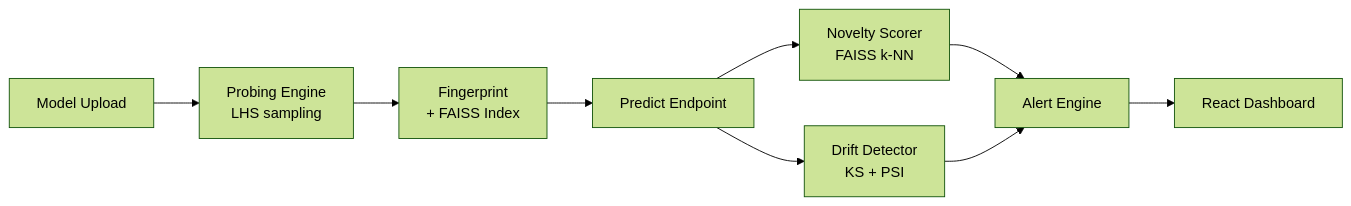
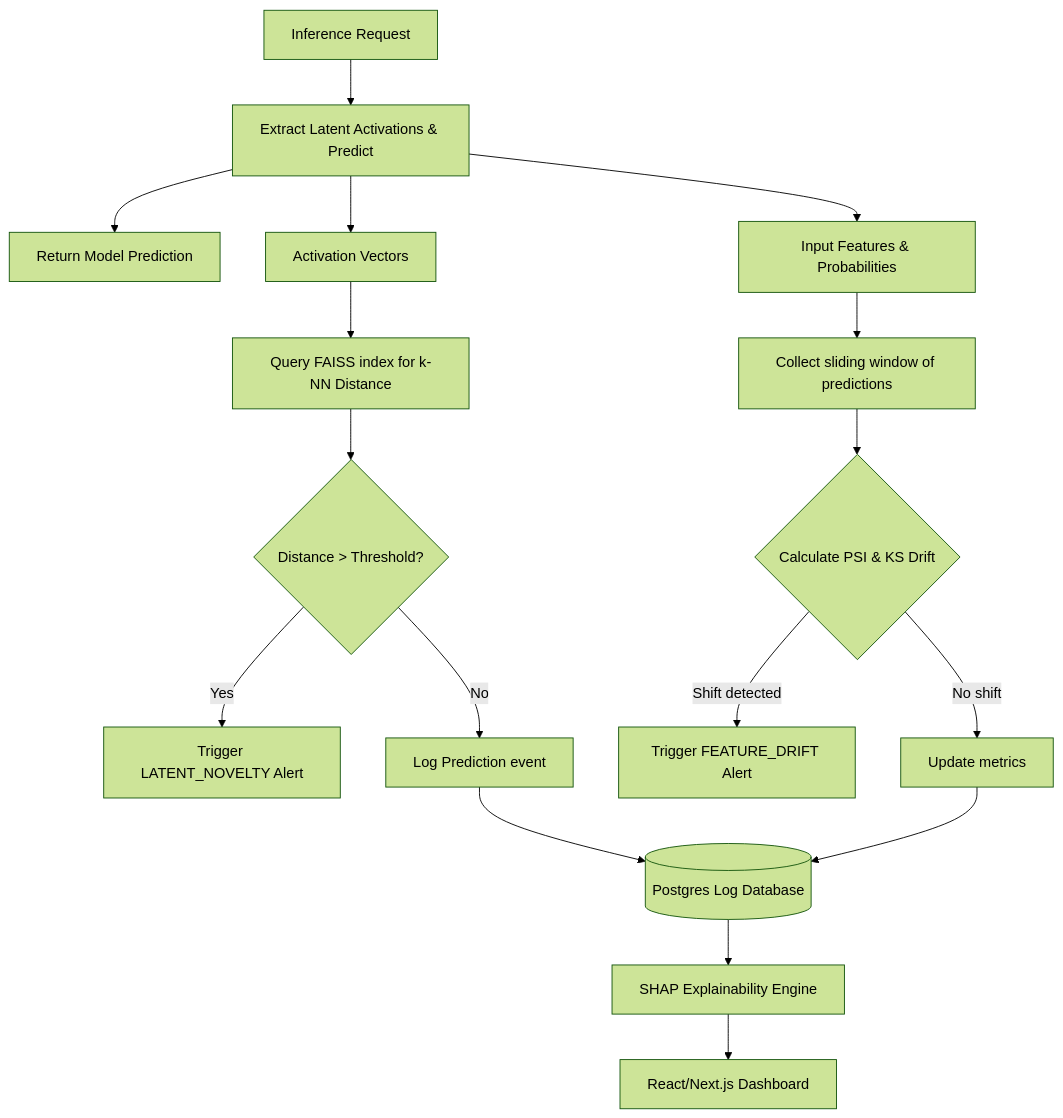
The second of 2 diagrams in README.md (VaishnaviRai287/behavioral-model-observability-platform), drawn with Mermaid (forest theme) before and after one commit. The commit also changed other lines of this file and 22 other files, not shown here.

````diff
--- a/README.md
+++ b/README.md
@@ -29,11 +73,23 @@
 ```mermaid
-flowchart LR
-    A[Model Upload] --> B[Probing Engine\nLHS sampling]
-    B --> C[Fingerprint\n+ FAISS Index]
-    C --> D[Predict Endpoint]
-    D --> E[Novelty Scorer\nFAISS k-NN]
-    D --> F[Drift Detector\nKS + PSI]
-    E --> G[Alert Engine]
-    F --> G
-    G --> H[React Dashboard]
+flowchart TD
+    Request[Inference Request] --> Predict[Extract Latent Activations & Predict]
+    Predict --> Output[Return Model Prediction]
+    
+    Predict --> Latent[Activation Vectors]
+    Latent --> FAISS[Query FAISS index for k-NN Distance]
+    FAISS --> Novelty{Distance > Threshold?}
+    Novelty -- Yes --> AlertNovel[Trigger LATENT_NOVELTY Alert]
+    Novelty -- No --> Log1[Log Prediction event]
+    
+    Predict --> Features[Input Features & Probabilities]
+    Features --> Stats[Collect sliding window of predictions]
+    Stats --> Drift{Calculate PSI & KS Drift}
+    Drift -- Shift detected --> AlertDrift[Trigger FEATURE_DRIFT Alert]
+    Drift -- No shift --> Log2[Update metrics]
+    
+    Log1 --> DB[(Postgres Log Database)]
+    Log2 --> DB
+    
+    DB --> SHAP[SHAP Explainability Engine]
+    SHAP --> UI[React/Next.js Dashboard]
 ```
````
